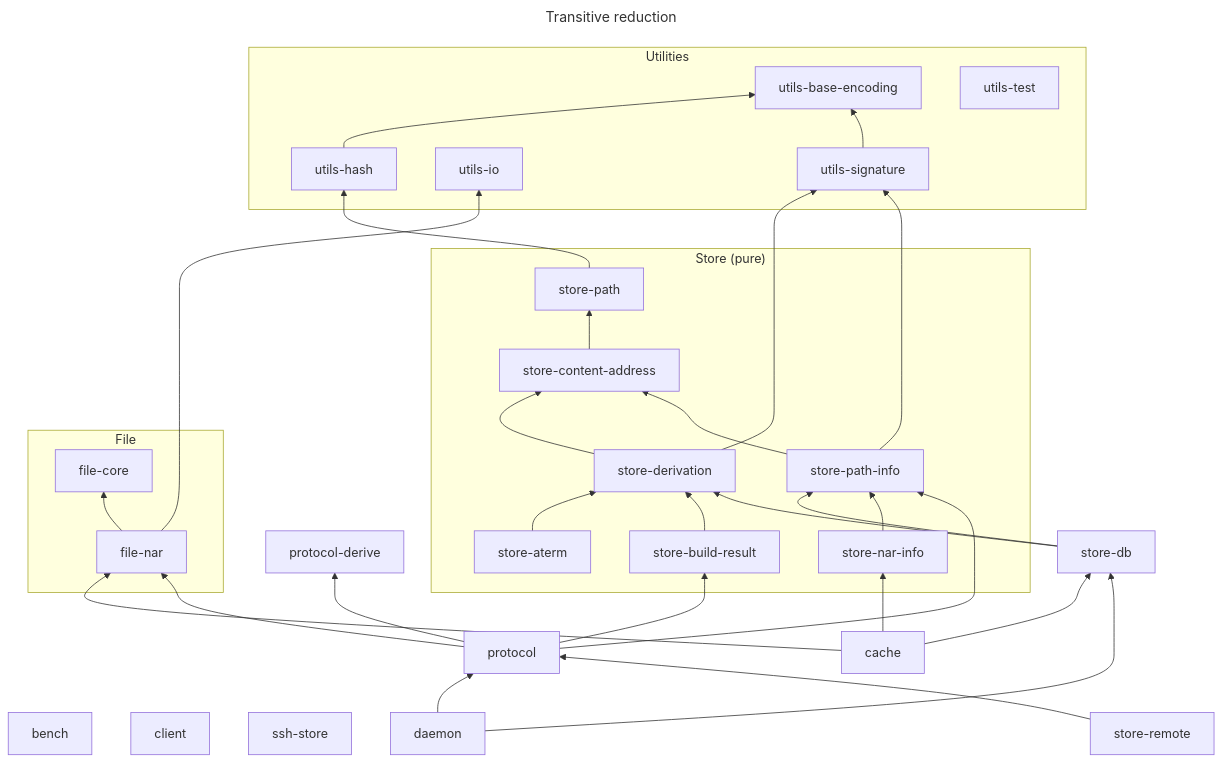
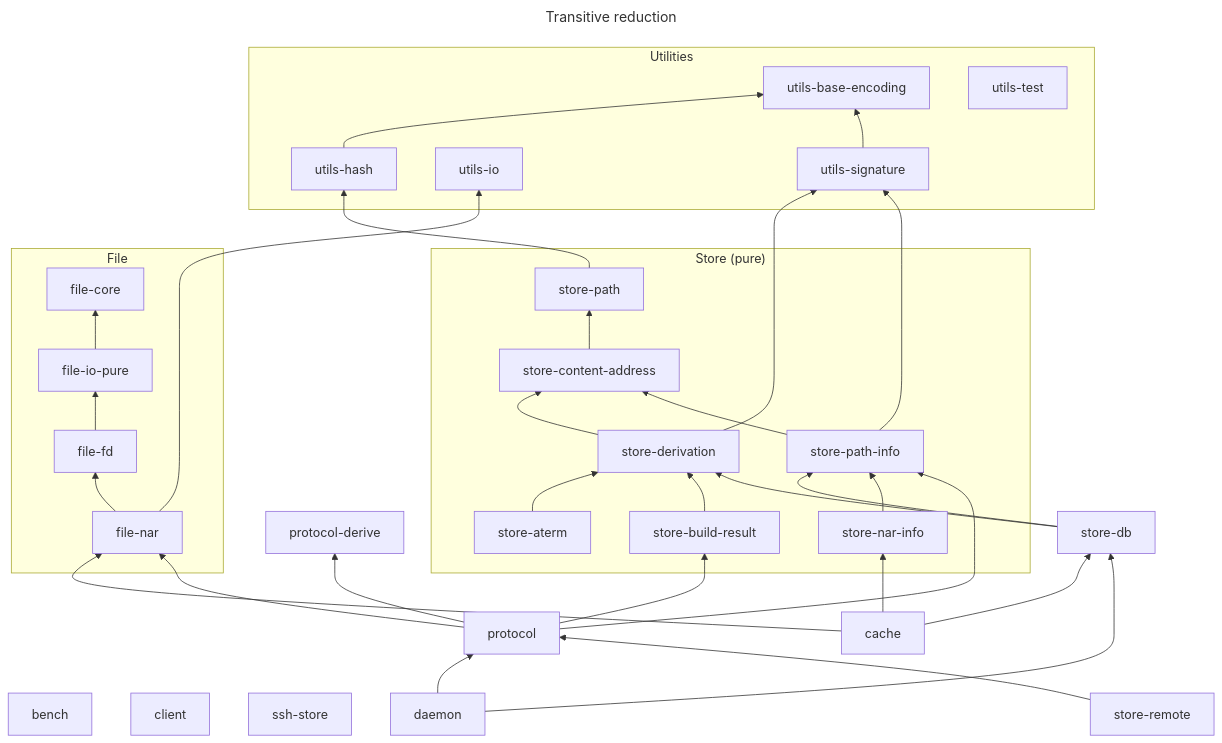
The diagram in docs/architecture/harmonia-store-structure.md (nix-community/harmonia), drawn with Mermaid before and after one commit. The commit also changed other lines of this file and 31 other files, not shown here.

````diff
--- a/docs/architecture/harmonia-store-structure.md
+++ b/docs/architecture/harmonia-store-structure.md
@@ -79,54 +81,58 @@
 ```mermaid
 ---
 title: Transitive reduction
 ---
 graph BT
     subgraph "Utilities"
         utils-base-encoding
         utils-hash
         utils-io
         utils-signature
         utils-test
     end
     subgraph "Store (pure)"
         store-aterm
         store-build-result
         store-content-address
         store-derivation
         store-nar-info
         store-path
         store-path-info
     end
     subgraph "File"
         file-core
+        file-fd
+        file-io-pure
         file-nar
     end
     bench
     client
     ssh-store
-    file-nar --> file-core
-    file-nar --> utils-io
+    file-io-pure --> file-core
     utils-hash --> utils-base-encoding
     utils-signature --> utils-base-encoding
+    file-fd --> file-io-pure
     store-path --> utils-hash
+    file-nar --> file-fd
+    file-nar --> utils-io
     store-content-address --> store-path
     store-derivation --> store-content-address
     store-derivation --> utils-signature
     store-path-info --> store-content-address
     store-path-info --> utils-signature
     store-aterm --> store-derivation
     store-build-result --> store-derivation
     store-db --> store-derivation
     store-db --> store-path-info
     store-nar-info --> store-path-info
     cache --> file-nar
     cache --> store-db
     cache --> store-nar-info
     protocol --> file-nar
     protocol --> protocol-derive
     protocol --> store-build-result
     protocol --> store-path-info
     daemon --> protocol
     daemon --> store-db
     store-remote --> protocol
 ```
````
